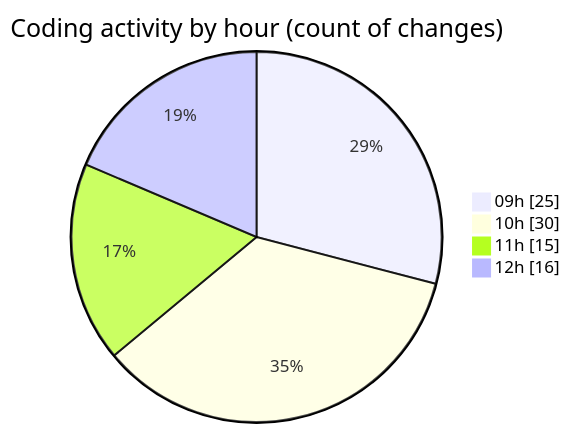
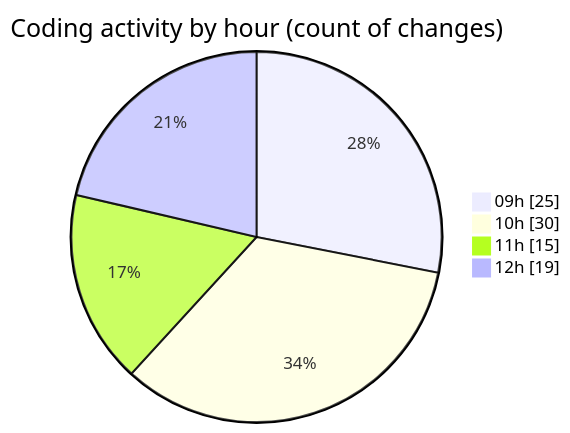
Before and after one commit to momahboobian/code-tracking: the second of 2 diagrams in 2025-11-18/cda/README.md, drawn with Mermaid. The commit also changed other lines of this file and 1 other file, not shown here.

````diff
--- a/2025-11-18/cda/README.md
+++ b/2025-11-18/cda/README.md
@@ -39,8 +39,8 @@
 ```mermaid
 pie showData
 title Coding activity by hour (count of changes)
 "09h" : 25
 "10h" : 30
 "11h" : 15
-"12h" : 16
+"12h" : 19
 ```
````
